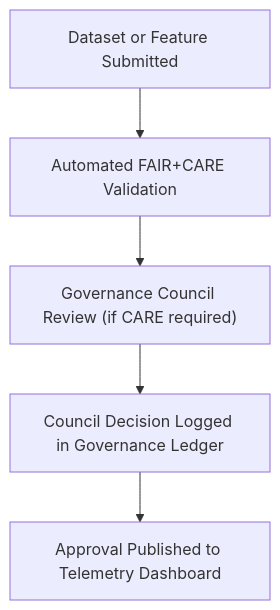
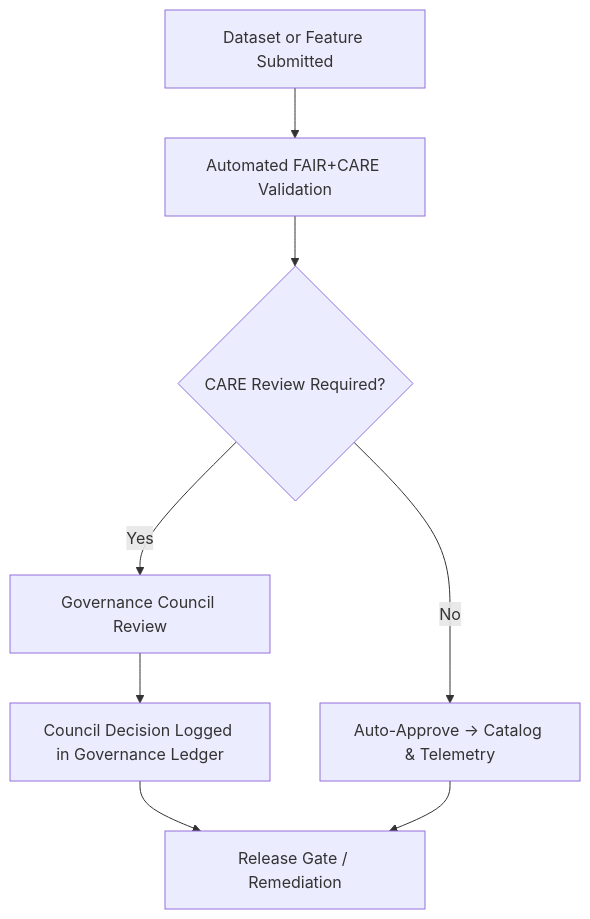
Before and after one commit to bartytime4life/Kansas-Frontier-Matrix: the diagram in docs/standards/governance/README.md, drawn with Mermaid. The commit also changed other lines of this file, not shown here.

````diff
--- a/docs/standards/governance/README.md
+++ b/docs/standards/governance/README.md
@@ -86,7 +92,10 @@
 ```mermaid
 flowchart TD
-A["Dataset or Feature Submitted"] --> B["Automated FAIR+CARE Validation"]
-B --> C["Governance Council Review (if CARE required)"]
-C --> D["Council Decision Logged in Governance Ledger"]
-D --> E["Approval Published to Telemetry Dashboard"]
+  A["Dataset or Feature Submitted"] --> B["Automated FAIR+CARE Validation"]
+  B --> C{"CARE Review Required?"}
+  C -->|No| D["Auto-Approve → Catalog & Telemetry"]
+  C -->|Yes| E["Governance Council Review"]
+  E --> F["Council Decision Logged in Governance Ledger"]
+  F --> G["Release Gate / Remediation"]
+  D --> G
 ```
````
